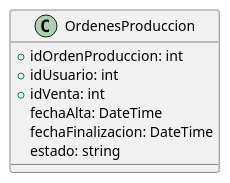
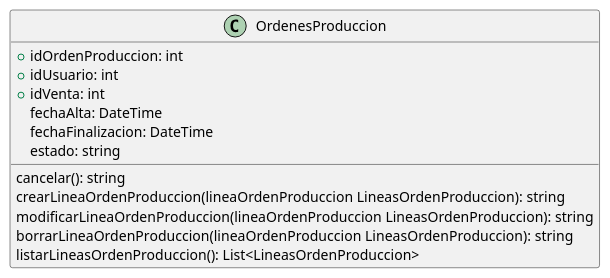
The diagram in DiagramaClases/Clases/OrdenesProduccion.puml (ZMGestion/DocumentacionZMGestion), drawn with PlantUML before and after one commit. The commit also changed 48 other files, not shown here.

Commit message:
Nuevo metodos diagrama de clases

```diff
--- a/DiagramaClases/Clases/OrdenesProduccion.puml
+++ b/DiagramaClases/Clases/OrdenesProduccion.puml
@@ -1,10 +1,16 @@
 @startuml OrdenesProduccion
 class OrdenesProduccion{
     +idOrdenProduccion: int
     +idUsuario: int
     +idVenta: int
     fechaAlta: DateTime
     fechaFinalizacion: DateTime
     estado: string
+
+    cancelar(): string
+    crearLineaOrdenProduccion(lineaOrdenProduccion LineasOrdenProduccion): string
+    modificarLineaOrdenProduccion(lineaOrdenProduccion LineasOrdenProduccion): string
+    borrarLineaOrdenProduccion(lineaOrdenProduccion LineasOrdenProduccion): string
+    listarLineasOrdenProduccion(): List<LineasOrdenProduccion>
 }
 @enduml
```
